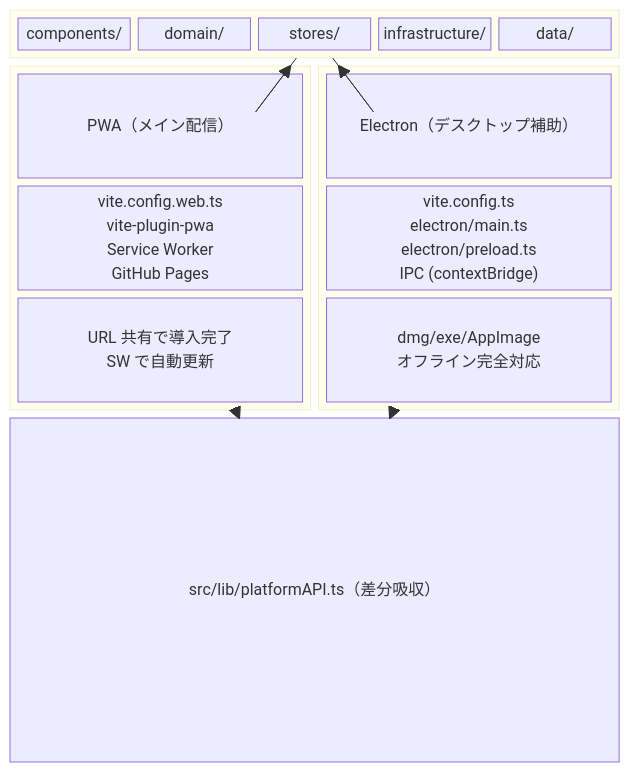
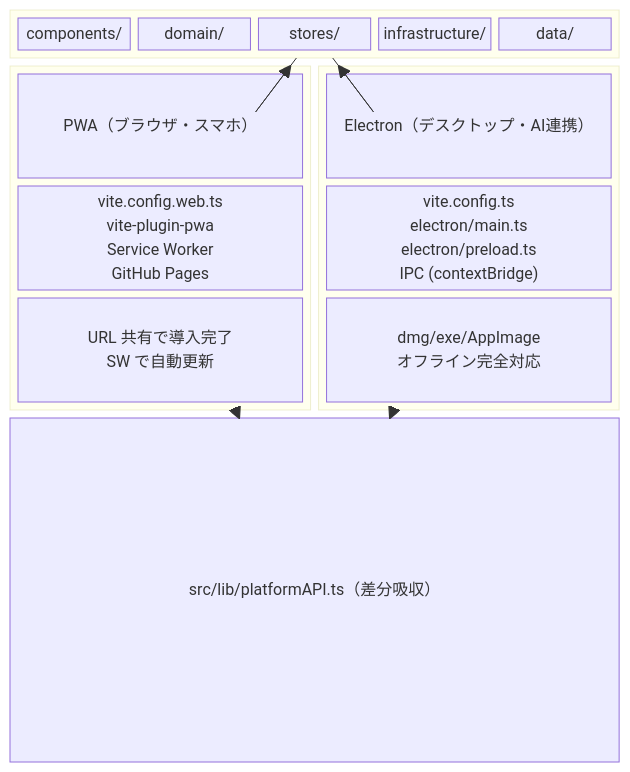
Before and after one commit to ip-san/claude-code-quiz: the first of 5 diagrams in docs/ARCHITECTURE.md, drawn with Mermaid. The commit also changed other lines of this file and 13 other files, not shown here.

First line of the commit message:
Extract hardcoded Japanese to locale files + align PWA/Electron docs

````diff
--- a/docs/ARCHITECTURE.md
+++ b/docs/ARCHITECTURE.md
@@ -22,26 +23,26 @@
 ```mermaid
 block-beta
   columns 2
   block:shared:2
     columns 5
     A["components/"] B["domain/"] C["stores/"] D["infrastructure/"] E["data/"]
   end
   block:pwa
     columns 1
-    F["PWA（メイン配信）"]
+    F["PWA（ブラウザ・スマホ）"]
     G["vite.config.web.ts\nvite-plugin-pwa\nService Worker\nGitHub Pages"]
     H["URL 共有で導入完了\nSW で自動更新"]
   end
   block:electron
     columns 1
-    I["Electron（デスクトップ補助）"]
+    I["Electron（デスクトップ・AI連携）"]
     J["vite.config.ts\nelectron/main.ts\nelectron/preload.ts\nIPC (contextBridge)"]
     K["dmg/exe/AppImage\nオフライン完全対応"]
   end
   L["src/lib/platformAPI.ts（差分吸収）"]:2
 
   shared --> pwa
   shared --> electron
   pwa --> L
   electron --> L
 ```
````
